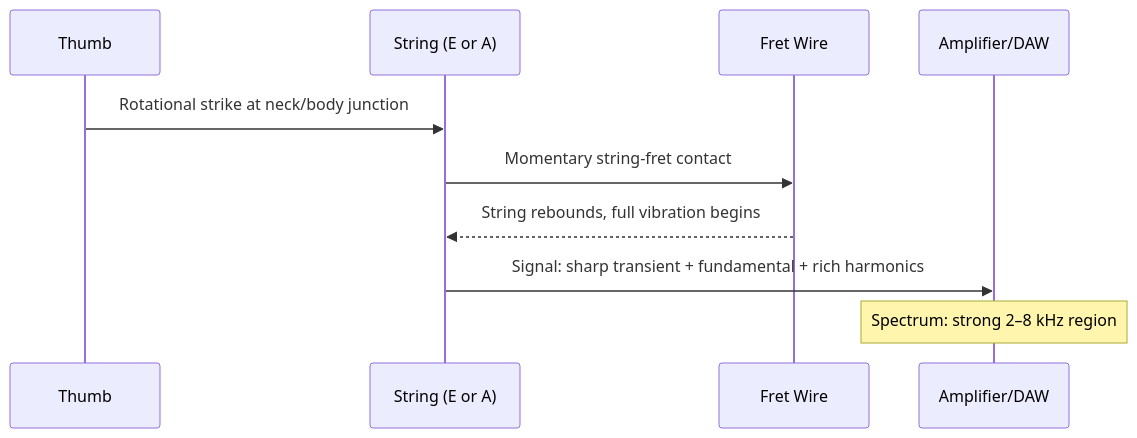
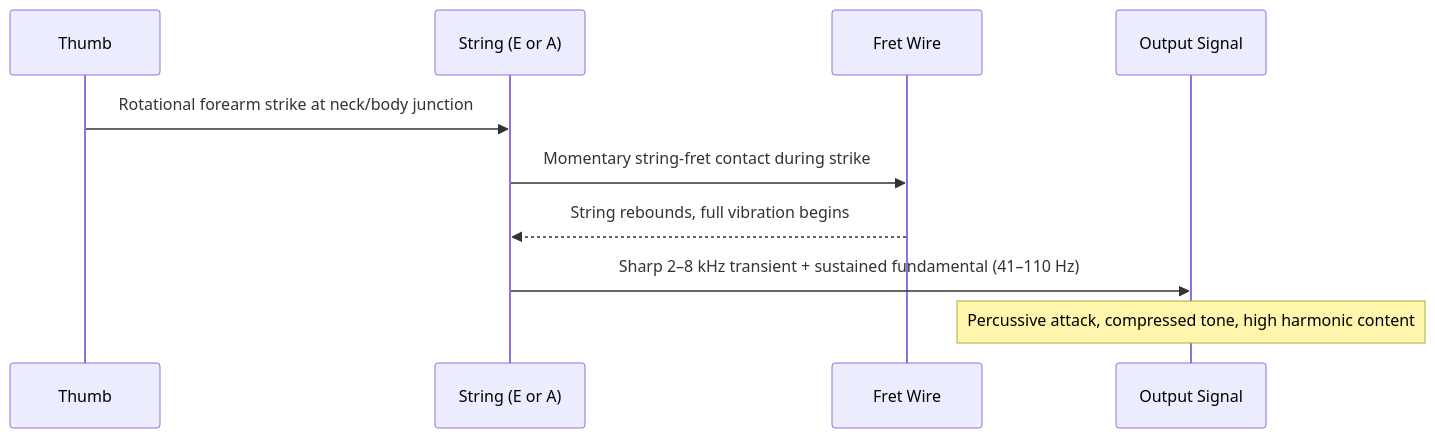
One commit to blebleblee/synapse changed the third of 5 diagrams in topics/arts/music_performance/bass_guitar/labs.md. Above: the diagram before and after it, drawn with Mermaid. The commit also changed other lines of this file and 4 other files, not shown here.

````diff
--- a/topics/arts/music_performance/bass_guitar/labs.md
+++ b/topics/arts/music_performance/bass_guitar/labs.md
@@ -269,13 +354,13 @@
 ```mermaid
 sequenceDiagram
     participant T as Thumb
     participant S as String (E or A)
     participant F as Fret Wire
-    participant A as Amplifier/DAW
+    participant O as Output Signal
 
-    T->>S: Rotational strike at neck/body junction
-    S->>F: Momentary string-fret contact
+    T->>S: Rotational forearm strike at neck/body junction
+    S->>F: Momentary string-fret contact during strike
     F-->>S: String rebounds, full vibration begins
-    S->>A: Signal: sharp transient + fundamental + rich harmonics
-    Note over A: Spectrum: strong 2–8 kHz region
+    S->>O: Sharp 2–8 kHz transient + sustained fundamental (41–110 Hz)
+    Note over O: Percussive attack, compressed tone, high harmonic content
 ```
````
